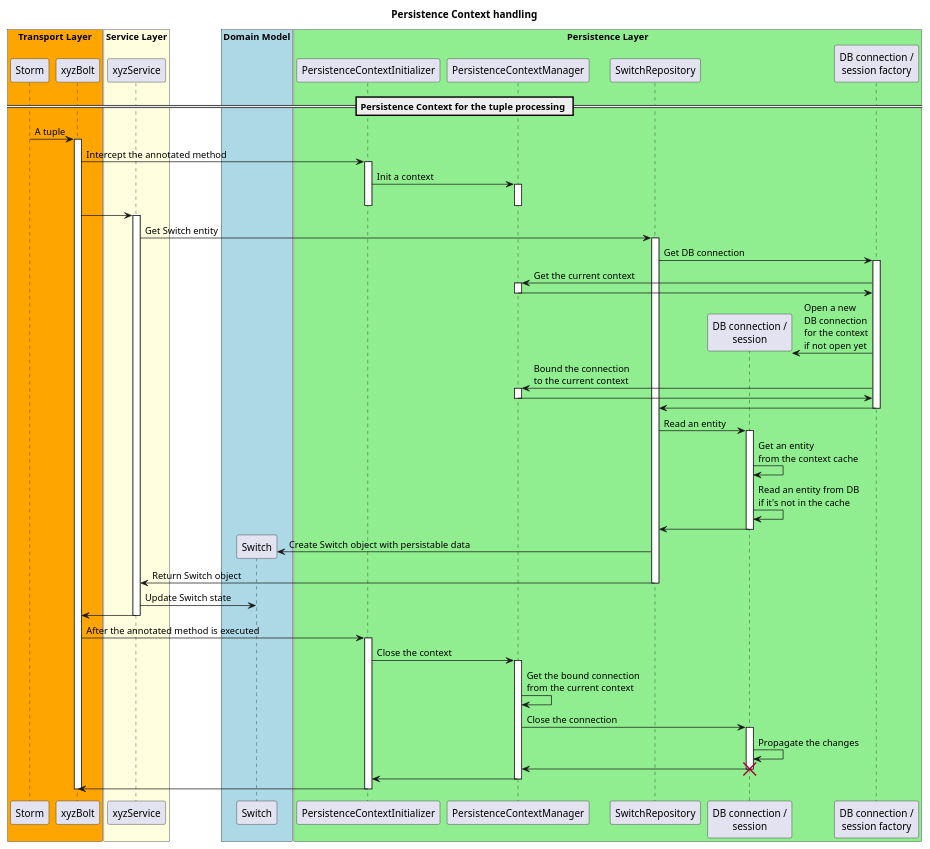
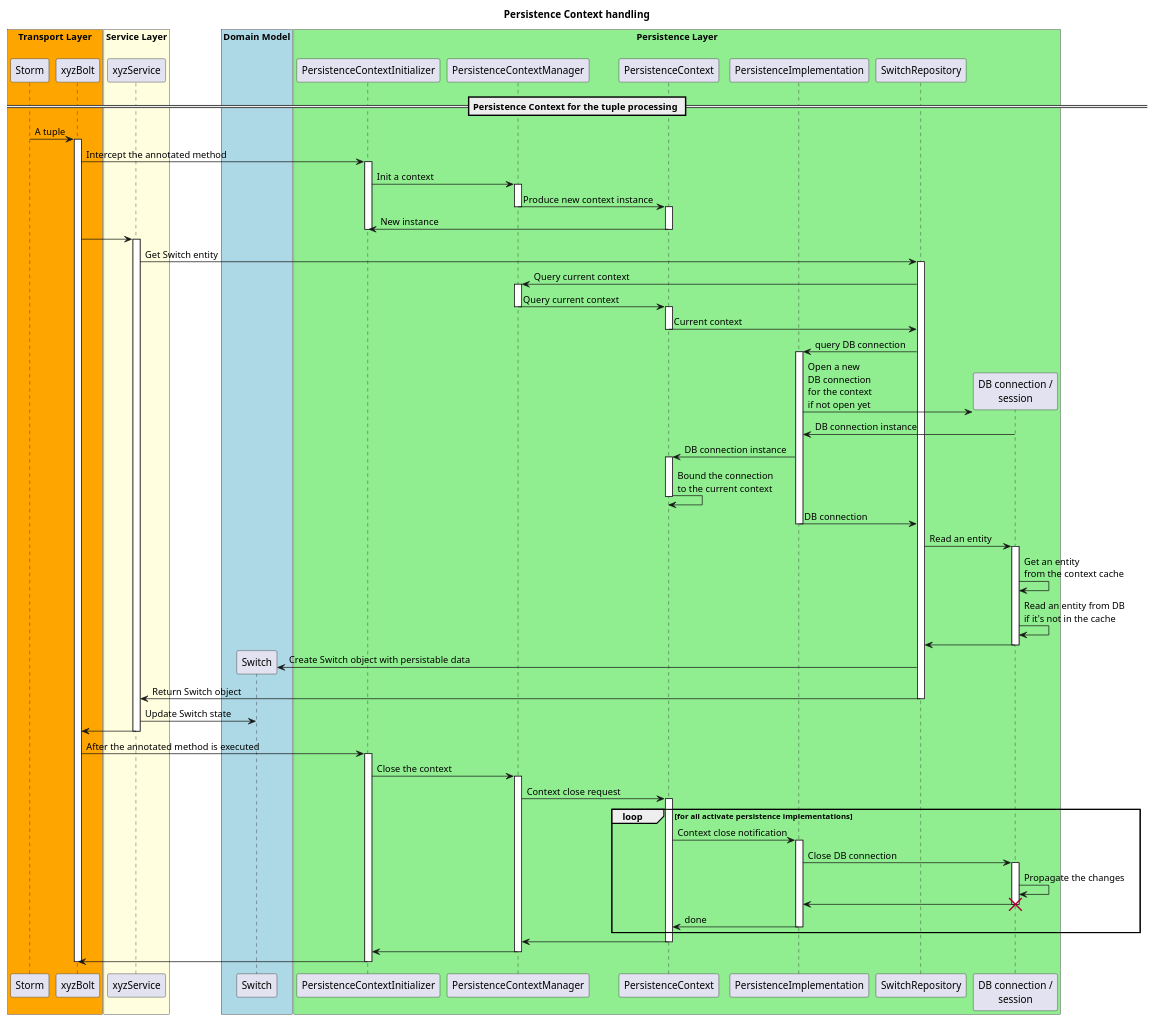
The diagram in docs/design/data-persistence/persistence-context.puml (telstra/open-kilda), drawn with PlantUML before and after one commit. The commit also changed 184 other files, not shown here.

First line of the commit message:
Improve persistence layer implementation

```diff
--- a/docs/design/data-persistence/persistence-context.puml
+++ b/docs/design/data-persistence/persistence-context.puml
@@ -1,88 +1,109 @@
 @startuml
 title Persistence Context handling
 
 box "Transport Layer" #Orange
 	participant Storm
 	participant xyzBolt
 end box
 
 box "Service Layer" #LightYellow
 	participant xyzService
 end box
 
 box "Domain Model" #LightBlue
 	participant Switch
 end box
 
 box "Persistence Layer" #LightGreen
 	participant PersistenceContextInitializer
 	participant PersistenceContextManager
+	participant PersistenceContext
+	participant PersistenceImplementation
 	participant SwitchRepository
 	participant "DB connection /\nsession" as DB
-	participant "DB connection /\nsession factory" as DBFactory
 end box
 
 == Persistence Context for the tuple processing ==
 
 Storm -> xyzBolt : A tuple
 activate xyzBolt
 
 xyzBolt -> PersistenceContextInitializer : Intercept the annotated method
 activate PersistenceContextInitializer
 PersistenceContextInitializer -> PersistenceContextManager : Init a context
 activate PersistenceContextManager
+PersistenceContextManager -> PersistenceContext : Produce new context instance
 deactivate PersistenceContextManager
+activate PersistenceContext
+PersistenceContext -> PersistenceContextInitializer : New instance
+deactivate PersistenceContext
 deactivate PersistenceContextInitializer
 
 xyzBolt -> xyzService
 activate xyzService
 xyzService -> SwitchRepository : Get Switch entity
 activate SwitchRepository
 
-SwitchRepository -> DBFactory : Get DB connection
-activate DBFactory
-PersistenceContextManager <- DBFactory : Get the current context
+SwitchRepository -> PersistenceContextManager : Query current context
 activate PersistenceContextManager
-PersistenceContextManager -> DBFactory
+PersistenceContextManager -> PersistenceContext : Query current context
 deactivate PersistenceContextManager
+
+activate PersistenceContext
+PersistenceContext -> SwitchRepository : Current context
+deactivate PersistenceContext
+
+SwitchRepository -> PersistenceImplementation : query DB connection
+activate PersistenceImplementation
 create DB
-DBFactory -> DB : Open a new\nDB connection\nfor the context\nif not open yet
-PersistenceContextManager <- DBFactory : Bound the connection\nto the current context
-activate PersistenceContextManager
-PersistenceContextManager -> DBFactory
-deactivate PersistenceContextManager
-SwitchRepository <- DBFactory
-deactivate DBFactory
+PersistenceImplementation -> DB : Open a new\nDB connection\nfor the context\nif not open yet
+DB -> PersistenceImplementation : DB connection instance
+PersistenceImplementation -> PersistenceContext : DB connection instance
+activate PersistenceContext
+PersistenceContext -> PersistenceContext : Bound the connection\nto the current context
+deactivate PersistenceContext
+PersistenceImplementation -> SwitchRepository : DB connection
+deactivate PersistenceImplementation
 
 SwitchRepository -> DB : Read an entity
 activate DB
 DB -> DB : Get an entity\nfrom the context cache
 DB -> DB : Read an entity from DB\nif it's not in the cache
 SwitchRepository <- DB
 deactivate DB
 create Switch
 Switch <- SwitchRepository : Create Switch object with persistable data
 xyzService <- SwitchRepository : Return Switch object
 deactivate SwitchRepository
 xyzService -> Switch : Update Switch state
 xyzBolt <- xyzService
 deactivate xyzService
 
 xyzBolt -> PersistenceContextInitializer : After the annotated method is executed
 activate PersistenceContextInitializer
 PersistenceContextInitializer -> PersistenceContextManager : Close the context
 activate PersistenceContextManager
-PersistenceContextManager -> PersistenceContextManager : Get the bound connection\nfrom the current context
-PersistenceContextManager -> DB : Close the connection
+PersistenceContextManager -> PersistenceContext : Context close request
+activate PersistenceContext
+
+loop for all activate persistence implementations
+PersistenceContext -> PersistenceImplementation : Context close notification
+activate PersistenceImplementation
+PersistenceImplementation -> DB : Close DB connection
 activate DB
 DB -> DB : Propagate the changes
-PersistenceContextManager <- DB
+PersistenceImplementation <- DB
 destroy DB
+PersistenceImplementation -> PersistenceContext : done
+deactivate PersistenceImplementation
+end loop
+
+PersistenceContext -> PersistenceContextManager
+deactivate PersistenceContext
 PersistenceContextInitializer <- PersistenceContextManager
 deactivate PersistenceContextManager
 xyzBolt <- PersistenceContextInitializer
 deactivate PersistenceContextInitializer
 
 deactivate xyzBolt
-
 @enduml
```
